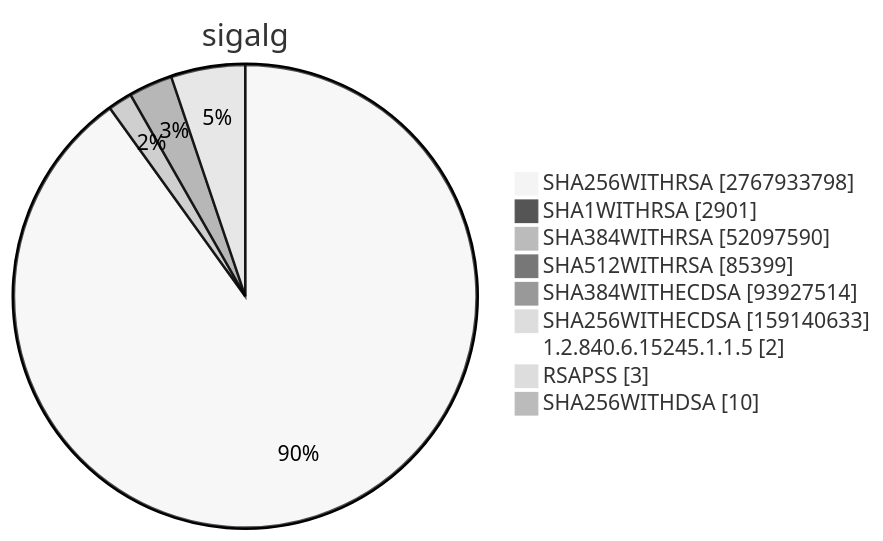
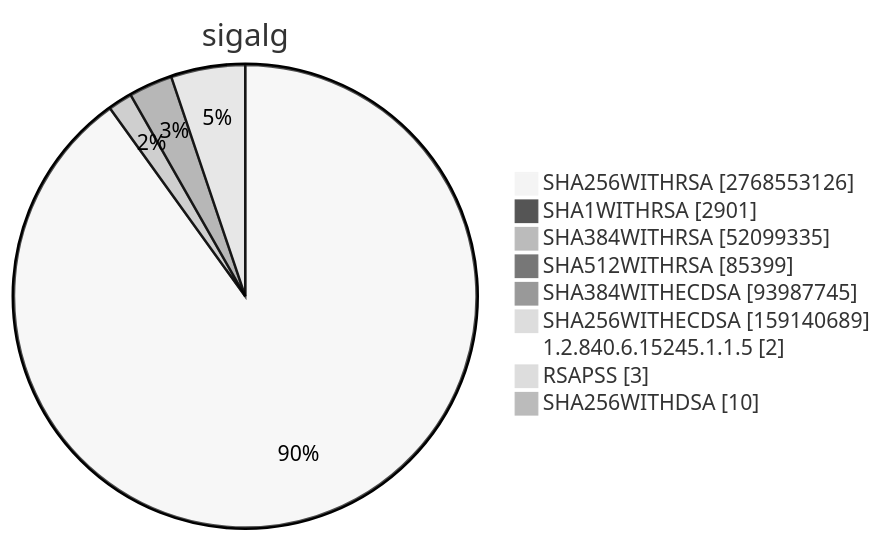
Diagram 15 of 15 in TOTAL/README.md (christiankrug/ctmonitor_visualization), drawn with Mermaid (neutral theme) before and after one commit. The commit also changed other lines of this file, not shown here.

````diff
--- a/TOTAL/README.md
+++ b/TOTAL/README.md
@@ -6205,13 +6205,13 @@
 ```mermaid
 pie showData
 title sigalg
-"SHA256WITHRSA" :2767933798
+"SHA256WITHRSA" :2768553126
 "SHA1WITHRSA" :2901
-"SHA384WITHRSA" :52097590
+"SHA384WITHRSA" :52099335
 "SHA512WITHRSA" :85399
-"SHA384WITHECDSA" :93927514
-"SHA256WITHECDSA" :159140633
+"SHA384WITHECDSA" :93987745
+"SHA256WITHECDSA" :159140689
 "1.2.840.6.15245.1.1.5" :2
 "RSAPSS" :3
 "SHA256WITHDSA" :10
 ```
````
